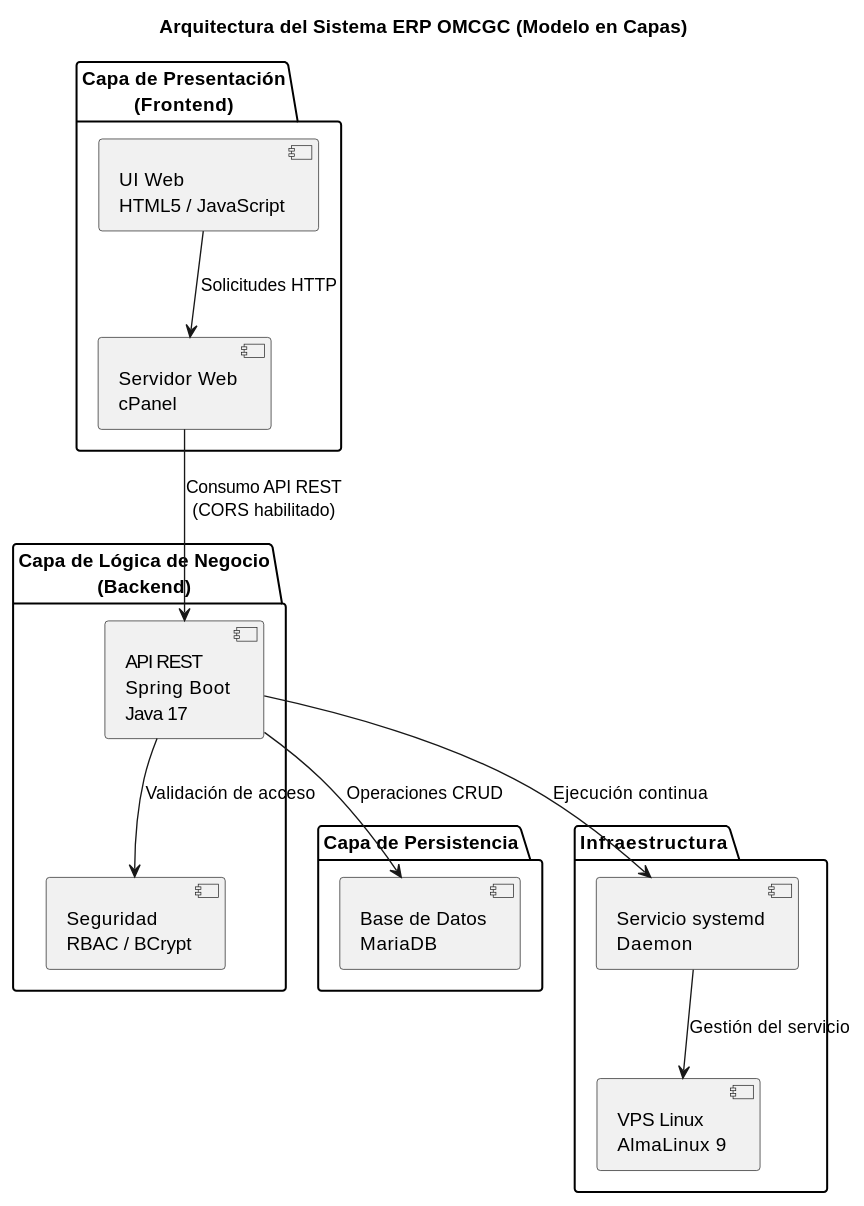
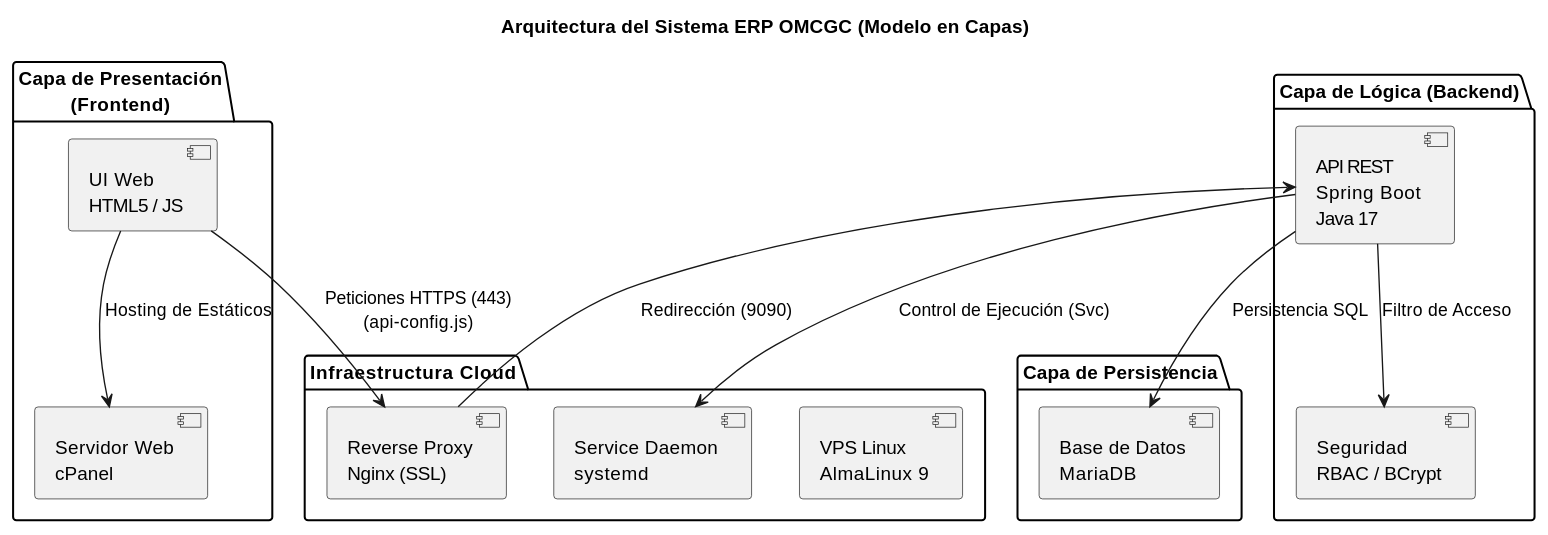
The diagram in documentacion/REPORTE_TECNICO_PT1_PT2.md (gitGabrielCruz/ERP_WALOOK_PCB), drawn with PlantUML before and after one commit. The commit also changed other lines of this file and 3 other files, not shown here.

````diff
--- a/documentacion/REPORTE_TECNICO_PT1_PT2.md
+++ b/documentacion/REPORTE_TECNICO_PT1_PT2.md
@@ -59,47 +52,47 @@
 ```plantuml
 @startuml
 title Arquitectura del Sistema ERP OMCGC (Modelo en Capas)
 
 ' =========================
 ' Capa de Presentación
 ' =========================
 package "Capa de Presentación\n(Frontend)" {
-  [UI Web\nHTML5 / JavaScript] as UI
-  [Servidor Web\ncPanel] as CPANEL
+  [UI Web\nHTML5 / JS] as UI
+  [Servidor Web\ncPanel] as SERVER_WEB
 }
 
 ' =========================
 ' Capa de Lógica de Negocio
 ' =========================
-package "Capa de Lógica de Negocio\n(Backend)" {
+package "Capa de Lógica (Backend)" {
   [API REST\nSpring Boot\nJava 17] as API
   [Seguridad\nRBAC / BCrypt] as SEC
 }
 
 ' =========================
 ' Capa de Persistencia
 ' =========================
 package "Capa de Persistencia" {
   [Base de Datos\nMariaDB] as DB
 }
 
 ' =========================
 ' Infraestructura
 ' =========================
-package "Infraestructura" {
+package "Infraestructura Cloud" {
   [VPS Linux\nAlmaLinux 9] as VPS
-  [Servicio systemd\nDaemon] as SYS
+  [Reverse Proxy\nNginx (SSL)] as NGINX
+  [Service Daemon\nsystemd] as DAEMON
 }
 
 ' =========================
 ' Relaciones
 ' =========================
-UI --> CPANEL : Solicitudes HTTP
-CPANEL --> API : Consumo API REST\n(CORS habilitado)
-API --> SEC : Validación de acceso
-API --> DB : Operaciones CRUD
-API --> SYS : Ejecución continua
-SYS --> VPS : Gestión del servicio
-
+UI --> SERVER_WEB : Hosting de Estáticos
+UI --> NGINX : Peticiones HTTPS (443)\n(api-config.js)
+NGINX --> API : Redirección (9090)
+API --> SEC : Filtro de Acceso
+API --> DB : Persistencia SQL
+API --> DAEMON : Control de Ejecución (Svc)
 @enduml
 ```
````
